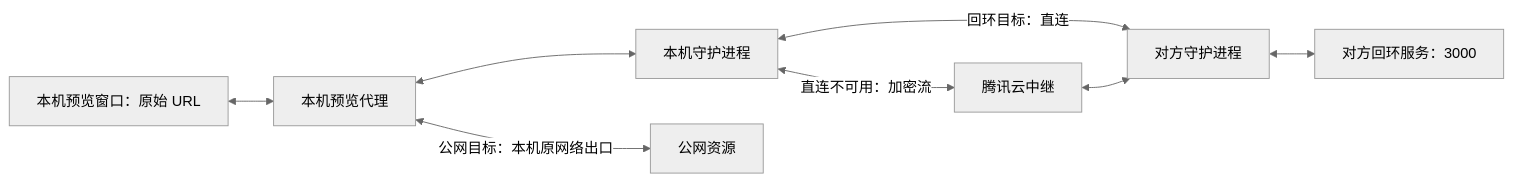
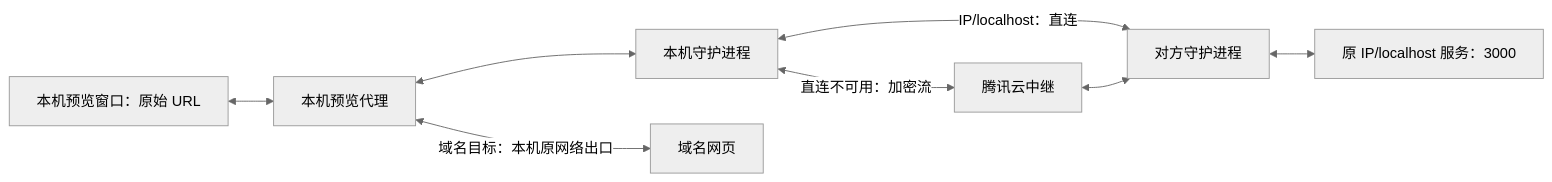
Before and after one commit to multica-ai/multica: the diagram in docs/p2p-remote-service-preview-plan.md, drawn with Mermaid (neutral theme). The commit also changed other lines of this file and 12 other files, not shown here.

````diff
--- a/docs/p2p-remote-service-preview-plan.md
+++ b/docs/p2p-remote-service-preview-plan.md
@@ -33,10 +33,10 @@
 ```mermaid
 flowchart LR
     A[本机预览窗口：原始 URL] <--> B[本机预览代理]
     B <--> L[本机守护进程]
-    L <-->|回环目标：直连| C[对方守护进程]
+    L <-->|IP/localhost：直连| C[对方守护进程]
     L <-->|直连不可用：加密流| R[腾讯云中继]
     R <--> C
-    C <--> D[对方回环服务：3000]
-    B <-->|公网目标：本机原网络出口| E[公网资源]
+    C <--> D[原 IP/localhost 服务：3000]
+    B <-->|域名目标：本机原网络出口| E[域名网页]
 ```
````
